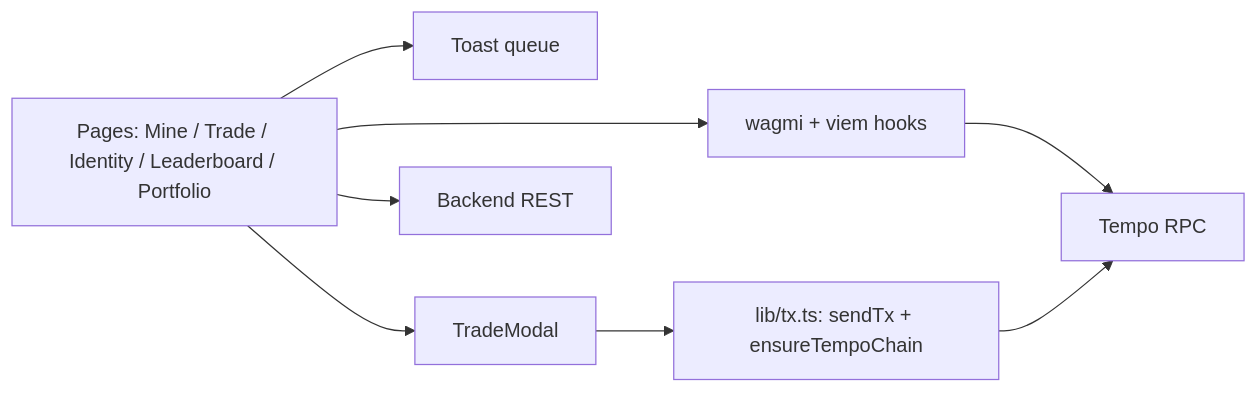
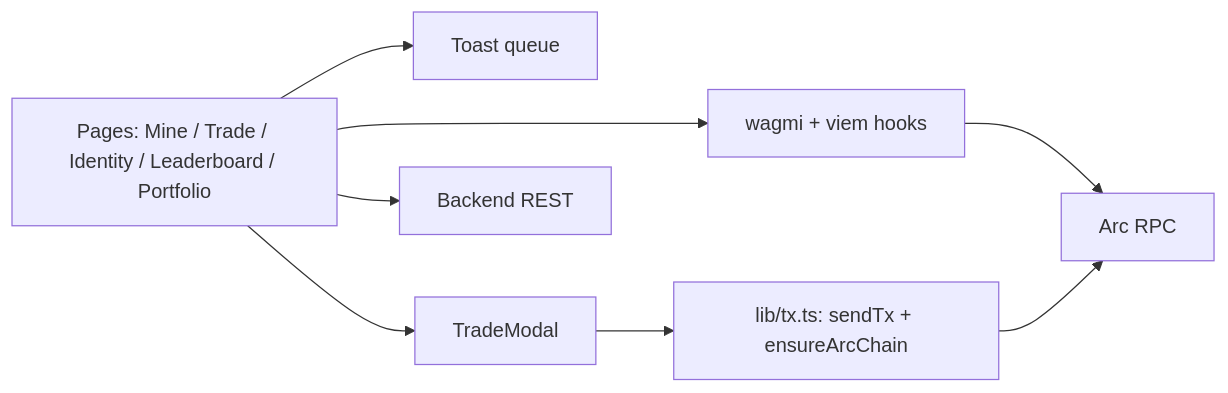
Before and after one commit to dudelynft-dotcom/DF: diagram 16 of 19 in WHITEPAPER.md, drawn with Mermaid. The commit also changed other lines of this file and 2 other files, not shown here.

Commit message:
Whitepaper rewrite for Arc + faucet link in header + backend .env.example refresh

````diff
--- a/WHITEPAPER.md
+++ b/WHITEPAPER.md
@@ -795,11 +779,11 @@
 ```mermaid
 flowchart LR
     Pages[Pages: Mine / Trade / Identity / Leaderboard / Portfolio]
     Pages --> Hooks[wagmi + viem hooks]
-    Hooks --> RPC[Tempo RPC]
+    Hooks --> RPC[Arc RPC]
     Pages --> Toaster[Toast queue]
     Pages --> Modal[TradeModal]
     Pages --> Backend[Backend REST]
-    Modal --> SendTx[lib/tx.ts: sendTx + ensureTempoChain]
+    Modal --> SendTx[lib/tx.ts: sendTx + ensureArcChain]
     SendTx --> RPC
 ```
````
